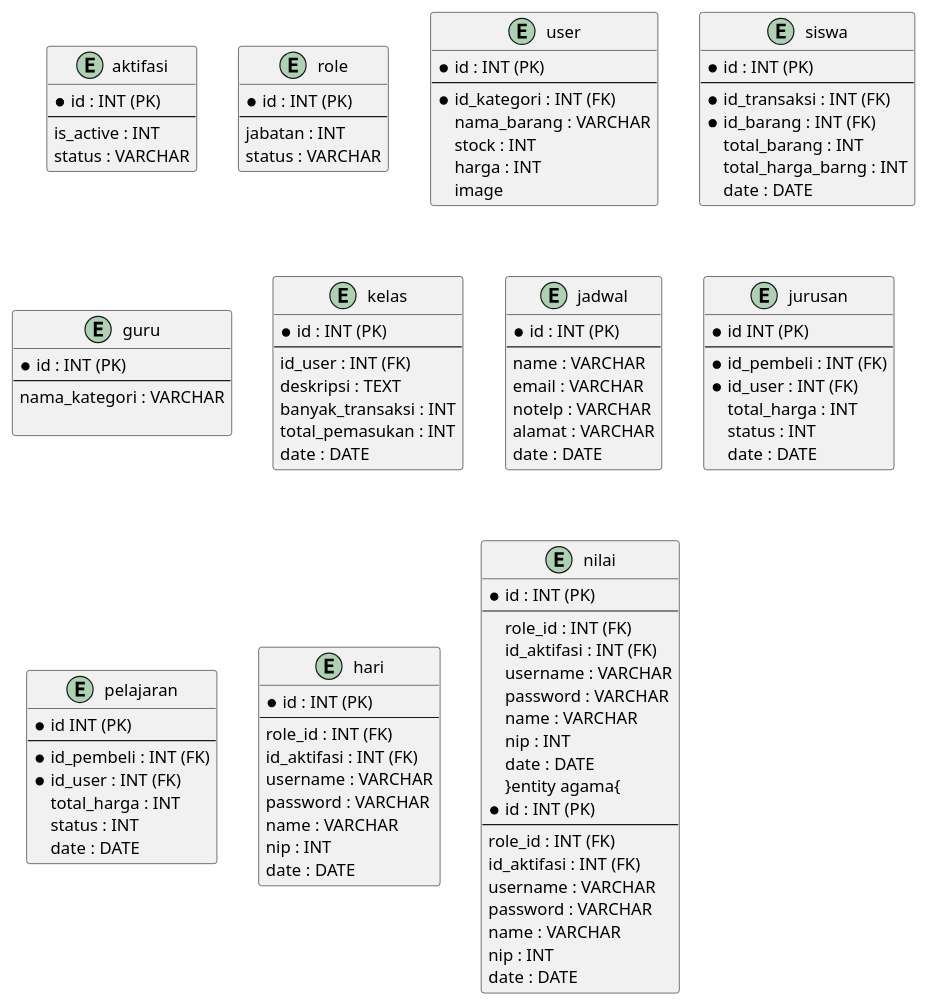
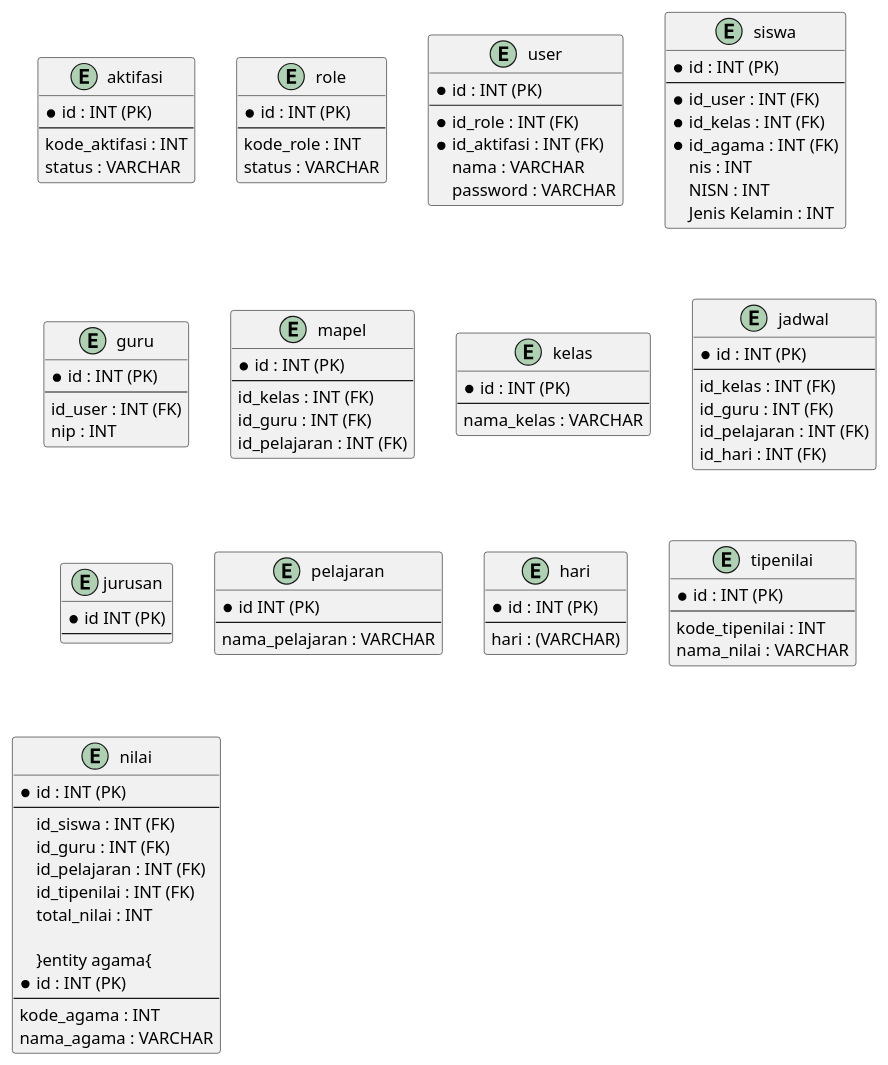
The diagram in sekolah.plantuml (semest3r/sekolah), drawn with PlantUML before and after one commit. The commit also changed 12 other files, not shown here.

```diff
--- a/sekolah.plantuml
+++ b/sekolah.plantuml
@@ -1,107 +1,97 @@
 @startuml sekolah
 entity aktifasi{
     *id : INT (PK)
     --
-    is_active : INT
+    kode_aktifasi : INT
     status : VARCHAR
 }
 entity role{
     *id : INT (PK)
     --
-    jabatan : INT
+    kode_role : INT
     status : VARCHAR
 }
 entity user{
     *id : INT (PK)
     --
-    *id_kategori : INT (FK)
-    nama_barang : VARCHAR
-    stock : INT
-    harga : INT
-    image
+    *id_role : INT (FK)
+    *id_aktifasi : INT (FK)
+    nama : VARCHAR
+    password : VARCHAR
 }
 entity siswa{
     *id : INT (PK)
     --
-    *id_transaksi : INT (FK)
-    *id_barang : INT (FK)
-    total_barang : INT
-    total_harga_barng : INT
-    date : DATE
+    *id_user : INT (FK)
+    *id_kelas : INT (FK)
+    *id_agama : INT (FK)
+    nis : INT
+    NISN : INT
+    Jenis Kelamin : INT
 }
+
 entity guru{
     *id : INT (PK)
     --
-    nama_kategori : VARCHAR
-    
+    id_user : INT (FK)
+    nip : INT
+}
+entity mapel{
+    *id : INT (PK)
+    --
+    id_kelas : INT (FK)
+    id_guru : INT (FK)
+    id_pelajaran : INT (FK)
 }
 entity kelas{
     *id : INT (PK)
     --
-    id_user : INT (FK)
-    deskripsi : TEXT
-    banyak_transaksi : INT
-    total_pemasukan : INT
-    date : DATE
+    nama_kelas : VARCHAR
 }
 entity jadwal{
     *id : INT (PK)
     --
-    name : VARCHAR
-    email : VARCHAR
-    notelp : VARCHAR
-    alamat : VARCHAR
-    date : DATE
+    id_kelas : INT (FK)
+    id_guru : INT (FK)
+    id_pelajaran : INT (FK)
+    id_hari : INT (FK)
 }
 entity jurusan{
     *id INT (PK)
     --
-    *id_pembeli : INT (FK)
-    *id_user : INT (FK)
-    total_harga : INT
-    status : INT
-    date : DATE
 }
 
 entity pelajaran{
     *id INT (PK)
     --
-    *id_pembeli : INT (FK)
-    *id_user : INT (FK)
-    total_harga : INT
-    status : INT
-    date : DATE
+    nama_pelajaran : VARCHAR
 }
 entity hari{
     *id : INT (PK)
     --
-    role_id : INT (FK)
-    id_aktifasi : INT (FK)
-    username : VARCHAR
-    password : VARCHAR
-    name : VARCHAR
-    nip : INT
-    date : DATE
+    hari : (VARCHAR)
 }
+
+entity tipenilai{
+    *id : INT (PK)
+    --
+    kode_tipenilai : INT
+    nama_nilai : VARCHAR
+}
+
 entity nilai{
     *id : INT (PK)
     --
-    role_id : INT (FK)
-    id_aktifasi : INT (FK)
-    username : VARCHAR
-    password : VARCHAR
-    name : VARCHAR
-    nip : INT
-    date : DATE
+    id_siswa : INT (FK)
+    id_guru : INT (FK)
+    id_pelajaran : INT (FK)
+    id_tipenilai : INT (FK)
+    total_nilai : INT
+
 }entity agama{
     *id : INT (PK)
     --
-    role_id : INT (FK)
-    id_aktifasi : INT (FK)
-    username : VARCHAR
-    password : VARCHAR
-    name : VARCHAR
-    nip : INT
-    date : DATE
+    kode_agama : INT
+    nama_agama : VARCHAR
 }
 @enduml
```
